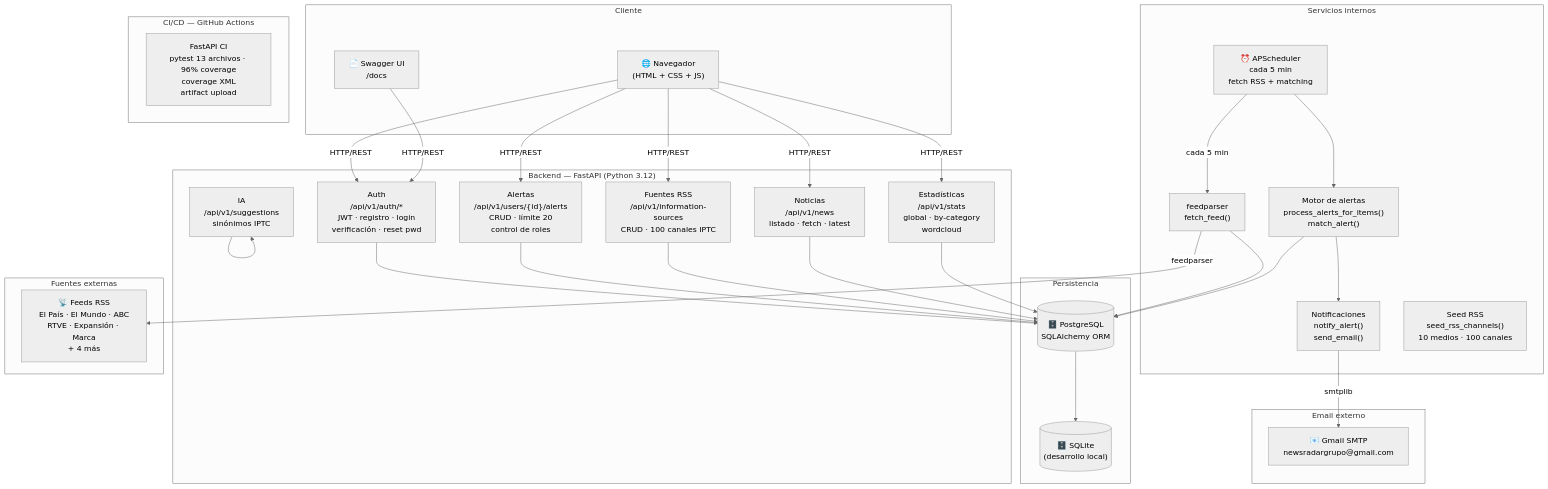
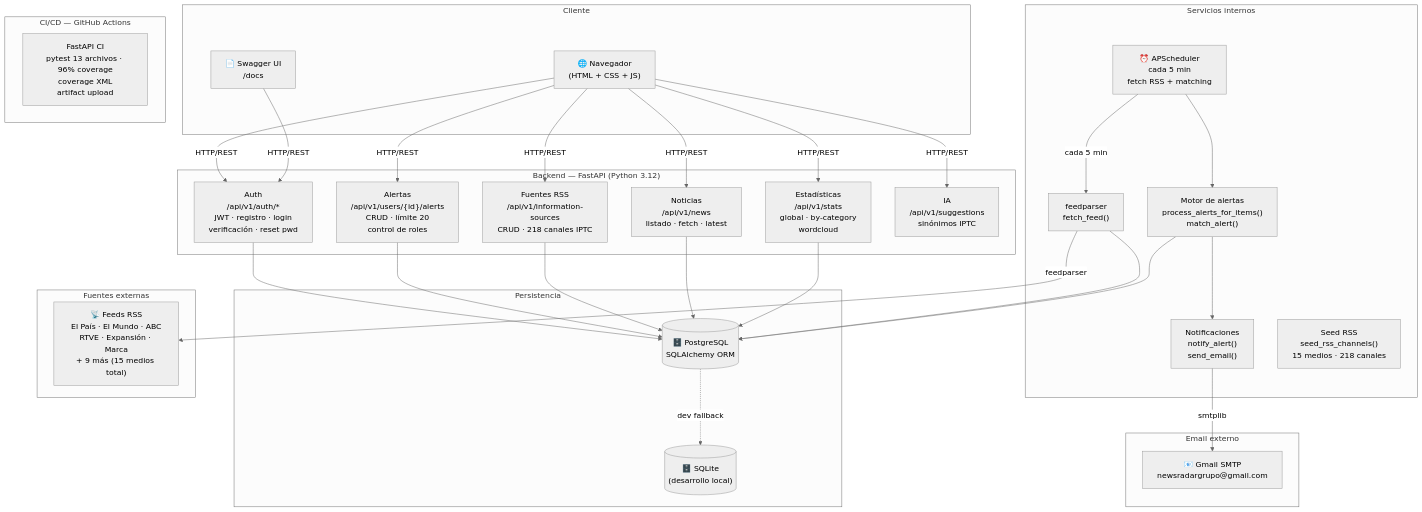
Before and after one commit to devops-uc3m-grupo2-org/devops_uc3m_grupo2: the first of 4 diagrams in pfinal/docs/arquitectura.md, drawn with Mermaid (neutral theme). The commit also changed 1 other file, not shown here.

Commit message:
analizada la arquitectura y actualiada

````diff
--- a/pfinal/docs/arquitectura.md
+++ b/pfinal/docs/arquitectura.md
@@ -5,65 +5,65 @@
 ```mermaid
 graph TB
     subgraph Cliente
         Browser["🌐 Navegador\n(HTML + CSS + JS)"]
         Swagger["📄 Swagger UI\n/docs"]
     end
 
     subgraph API["Backend — FastAPI (Python 3.12)"]
         Auth["Auth\n/api/v1/auth/*\nJWT · registro · login\nverificación · reset pwd"]
         Alerts["Alertas\n/api/v1/users/{id}/alerts\nCRUD · límite 20\ncontrol de roles"]
-        Sources["Fuentes RSS\n/api/v1/information-sources\nCRUD · 100 canales IPTC"]
+        Sources["Fuentes RSS\n/api/v1/information-sources\nCRUD · 218 canales IPTC"]
         News["Noticias\n/api/v1/news\nlistado · fetch · latest"]
         Stats["Estadísticas\n/api/v1/stats\nglobal · by-category\nwordcloud"]
         AI["IA\n/api/v1/suggestions\nsinónimos IPTC"]
     end
 
     subgraph Servicios["Servicios internos"]
         Scheduler["⏰ APScheduler\ncada 5 min\nfetch RSS + matching"]
         Fetcher["feedparser\nfetch_feed()"]
         AlertLogic["Motor de alertas\nprocess_alerts_for_items()\nmatch_alert()"]
         Notifier["Notificaciones\nnotify_alert()\nsend_email()"]
-        Seed["Seed RSS\nseed_rss_channels()\n10 medios · 100 canales"]
+        Seed["Seed RSS\nseed_rss_channels()\n15 medios · 218 canales"]
     end
 
     subgraph Datos["Persistencia"]
         DB[("🗄️ PostgreSQL\nSQLAlchemy ORM")]
         SQLite[("🗄️ SQLite\n(desarrollo local)")]
     end
 
     subgraph Email["Email externo"]
         SMTP["📧 Gmail SMTP\nnewsradargrupo@gmail.com"]
     end
 
     subgraph RSS["Fuentes externas"]
-        Feeds["📡 Feeds RSS\nEl País · El Mundo · ABC\nRTVE · Expansión · Marca\n+ 4 más"]
+        Feeds["📡 Feeds RSS\nEl País · El Mundo · ABC\nRTVE · Expansión · Marca\n+ 9 más (15 medios total)"]
     end
 
     subgraph CI["CI/CD — GitHub Actions"]
         Pipeline["FastAPI CI\npytest 13 archivos · 96% coverage\ncoverage XML\nartifact upload"]
     end
 
     Browser -->|HTTP/REST| Auth
     Browser -->|HTTP/REST| Alerts
     Browser -->|HTTP/REST| Sources
     Browser -->|HTTP/REST| News
     Browser -->|HTTP/REST| Stats
     Swagger -->|HTTP/REST| Auth
 
     Auth --> DB
     Alerts --> DB
     Sources --> DB
     News --> DB
     Stats --> DB
-    AI --> AI
+    Browser -->|HTTP/REST| AI
 
     Scheduler -->|cada 5 min| Fetcher
     Fetcher -->|feedparser| Feeds
     Fetcher --> DB
     Scheduler --> AlertLogic
     AlertLogic --> DB
     AlertLogic --> Notifier
     Notifier -->|smtplib| SMTP
 
-    DB --> SQLite
+    DB -. dev fallback .-> SQLite
 ```
````
